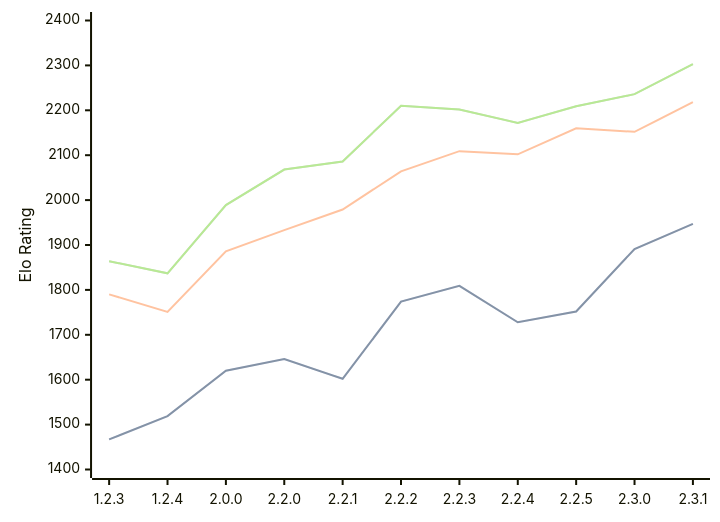
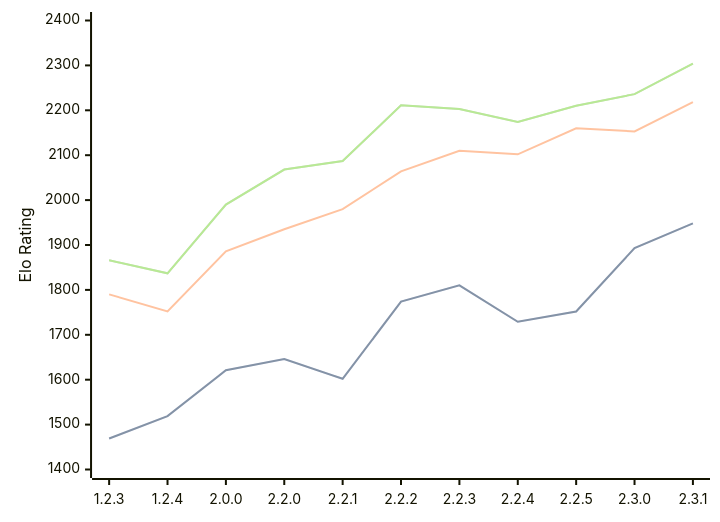
Before and after one commit to computer-chess-index/cci: the diagram in engines/Kreveta.md, drawn with Mermaid. The commit also changed other lines of this file, not shown here.

Commit message:
Update CCI Ratings (ELO VLTC) - 2026-08-21

````diff
--- a/engines/Kreveta.md
+++ b/engines/Kreveta.md
@@ -43,11 +43,11 @@
 ```mermaid
 %%{init: {"theme":"base","themeVariables":{"seriesColors:['#a3a3a3','#222221','#faa371']}}}%%
 xychart-beta
   x-axis ["1.2.3", "1.2.4", "2.0.0", "2.2.0", "2.2.1", "2.2.2", "2.2.3", "2.2.4", "2.2.5", "2.3.0", "2.3.1"]
   y-axis "Elo Rating" 1400 --> 2400
-  line "STC (8.0+0.08s)" [1467, 1519, 1620, 1646, 1602, 1774, 1809, 1728, 1752, 1891, 1947]
-  line "STC (8.0+0.08s)" [1467, 1519, 1620, 1646, 1602, 1774, 1809, 1728, 1752, 1891, 1947]
-  line "LTC (60.0+0.60s)" [1790, 1751, 1886, 1933, 1979, 2064, 2109, 2102, 2160, 2152, 2218]
-  line "VLTC (2m24s+1.12s)" [1864, 1837, 1989, 2068, 2086, 2210, 2202, 2172, 2209, 2236, 2303]
-  line "VLTC (2m24s+1.12s)" [1864, 1837, 1989, 2068, 2086, 2210, 2202, 2172, 2209, 2236, 2303]
+  line "STC (8.0+0.08s)" [1469, 1519, 1621, 1646, 1602, 1774, 1810, 1729, 1752, 1893, 1948]
+  line "STC (8.0+0.08s)" [1469, 1519, 1621, 1646, 1602, 1774, 1810, 1729, 1752, 1893, 1948]
+  line "LTC (60.0+0.60s)" [1790, 1752, 1886, 1935, 1980, 2064, 2110, 2102, 2160, 2153, 2218]
+  line "VLTC (2m24s+1.12s)" [1866, 1837, 1990, 2068, 2087, 2211, 2203, 2174, 2210, 2236, 2304]
+  line "VLTC (2m24s+1.12s)" [1866, 1837, 1990, 2068, 2087, 2211, 2203, 2174, 2210, 2236, 2304]
 ```
````
